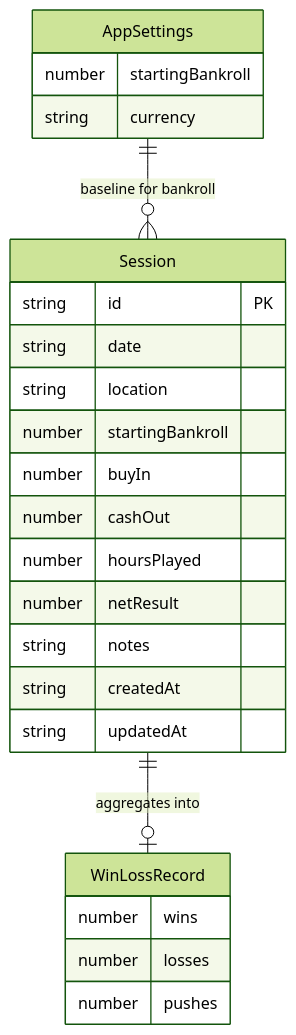
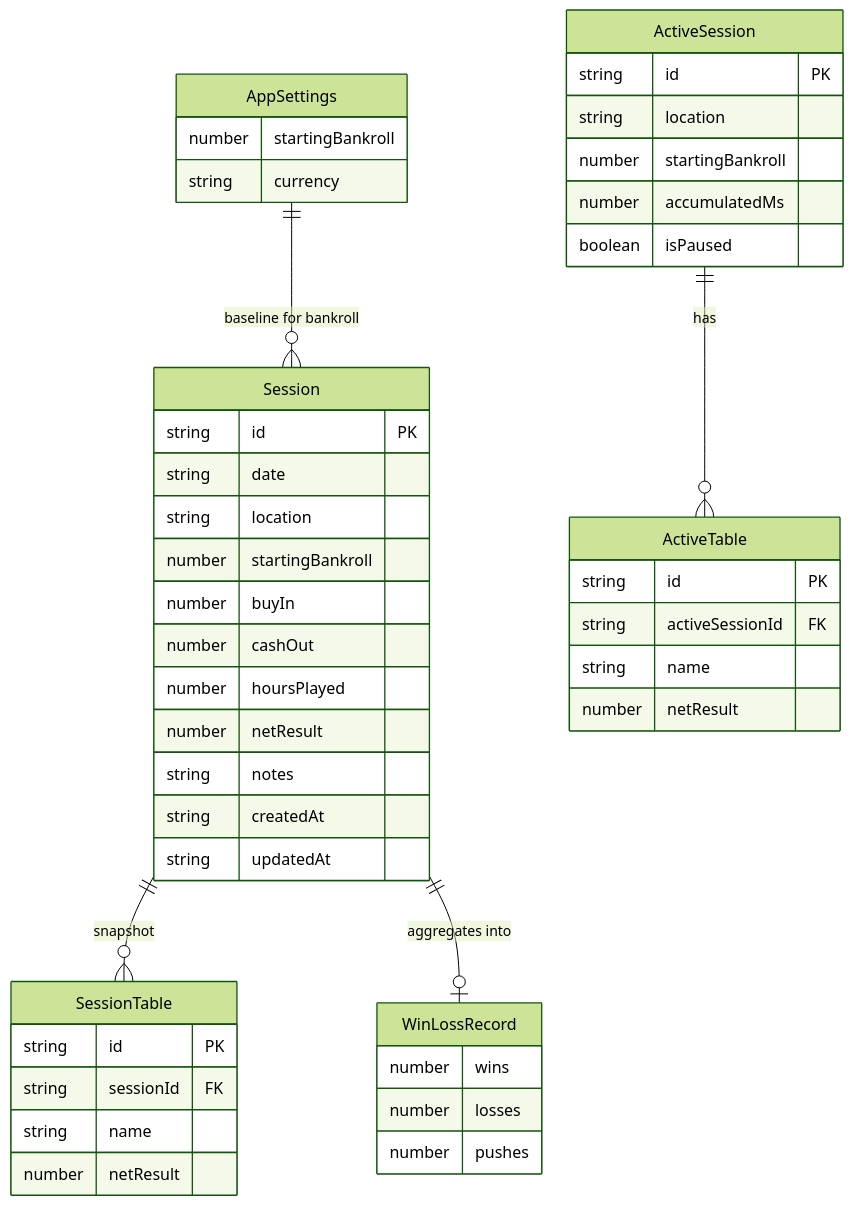
The first of 2 diagrams in docs/schema.md (Trevor5008/StackTrack), drawn with Mermaid (forest theme) before and after one commit. The commit also changed other lines of this file and 14 other files, not shown here.

````diff
--- a/docs/schema.md
+++ b/docs/schema.md
@@ -112,27 +173,48 @@
 ```mermaid
 erDiagram
   AppSettings ||--o{ Session : "baseline for bankroll"
+  ActiveSession ||--o{ ActiveTable : "has"
+  Session ||--o{ SessionTable : "snapshot"
   Session {
     string id PK
     string date
     string location
     number startingBankroll
     number buyIn
     number cashOut
     number hoursPlayed
     number netResult
     string notes
     string createdAt
     string updatedAt
   }
+  ActiveSession {
+    string id PK
+    string location
+    number startingBankroll
+    number accumulatedMs
+    boolean isPaused
+  }
+  ActiveTable {
+    string id PK
+    string activeSessionId FK
+    string name
+    number netResult
+  }
+  SessionTable {
+    string id PK
+    string sessionId FK
+    string name
+    number netResult
+  }
   AppSettings {
     number startingBankroll
     string currency
   }
   WinLossRecord {
     number wins
     number losses
     number pushes
   }
   Session ||--o| WinLossRecord : "aggregates into"
 ```
````
